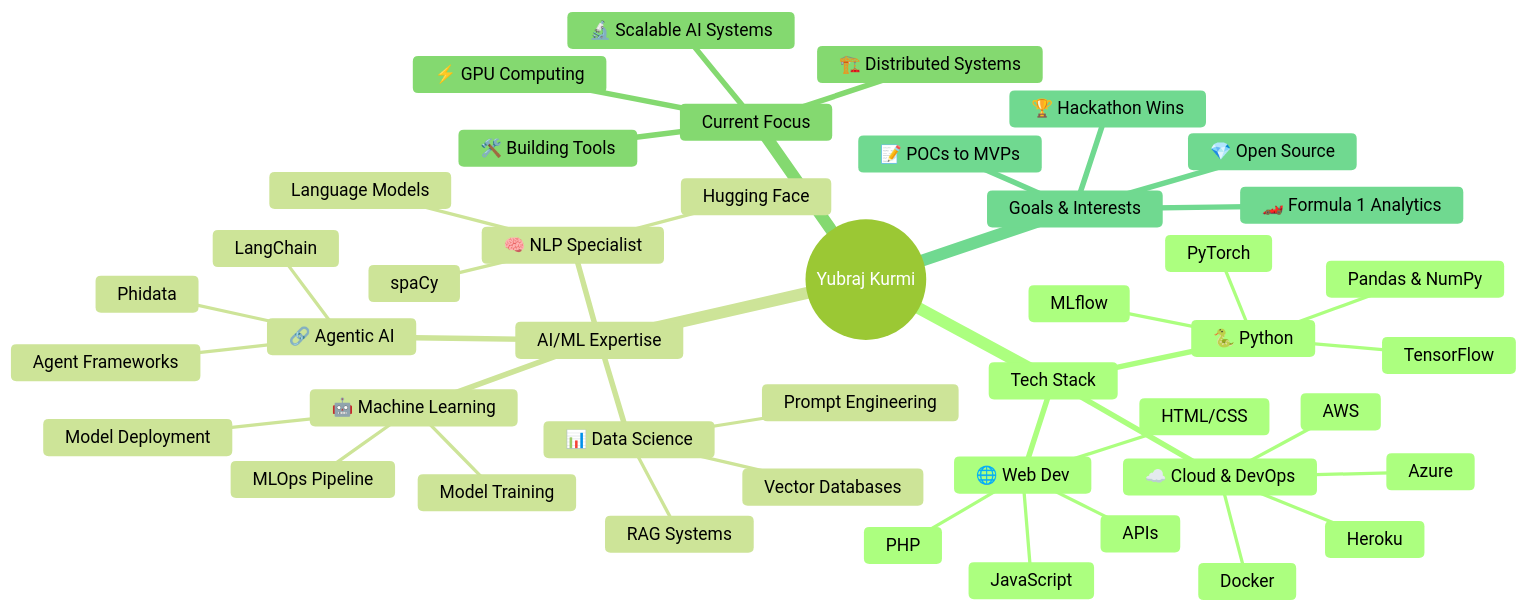
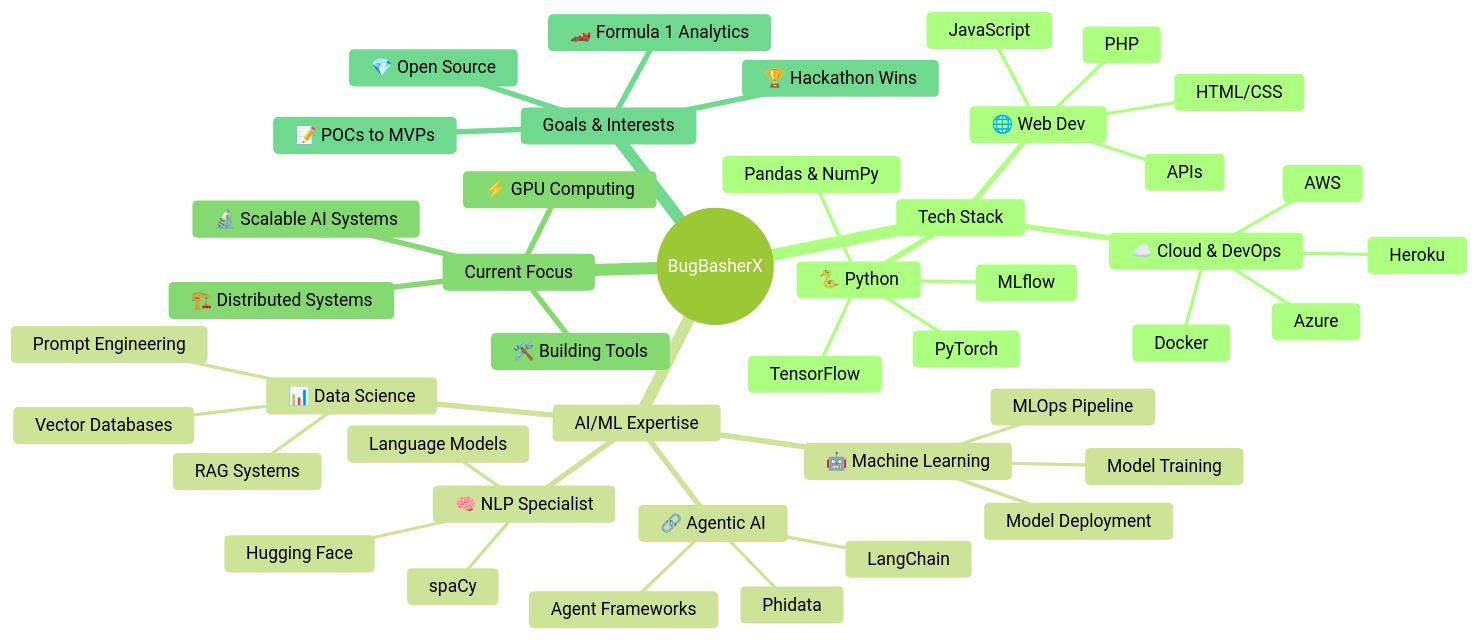
One commit to BugBasherX/BugBasherX changed the diagram in README.md. Above: the diagram before and after it, drawn with Mermaid. The commit also changed other lines of this file, not shown here.

Commit message:
Fix stale profile references and standardize README branding to BugBasherX

````diff
--- a/README.md
+++ b/README.md
@@ -121,48 +108,48 @@
 ```mermaid
 %%{init: {'theme':'forest', 'themeVariables': { 'background': 'transparent' }}}%%
 mindmap
-  root((Yubraj Kurmi))
+  root((BugBasherX))
     Tech Stack
       🐍 Python
         PyTorch
         TensorFlow
         Pandas & NumPy
         MLflow
       🌐 Web Dev
         PHP
         JavaScript
         HTML/CSS
         APIs
       ☁️ Cloud & DevOps
         AWS
         Azure
         Docker
         Heroku
     AI/ML Expertise
       🤖 Machine Learning
         Model Training
         Model Deployment
         MLOps Pipeline
       🧠 NLP Specialist
         spaCy
         Hugging Face
         Language Models
       🔗 Agentic AI
         LangChain
         Phidata
         Agent Frameworks
       📊 Data Science
         Vector Databases
         RAG Systems
         Prompt Engineering
     Current Focus
       🔬 Scalable AI Systems
       ⚡ GPU Computing
       🏗️ Distributed Systems
       🛠️ Building Tools
     Goals & Interests
       🏎️ Formula 1 Analytics
       🏆 Hackathon Wins
       📝 POCs to MVPs
       💎 Open Source
 ```
````
